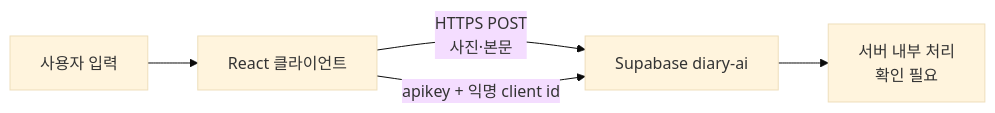
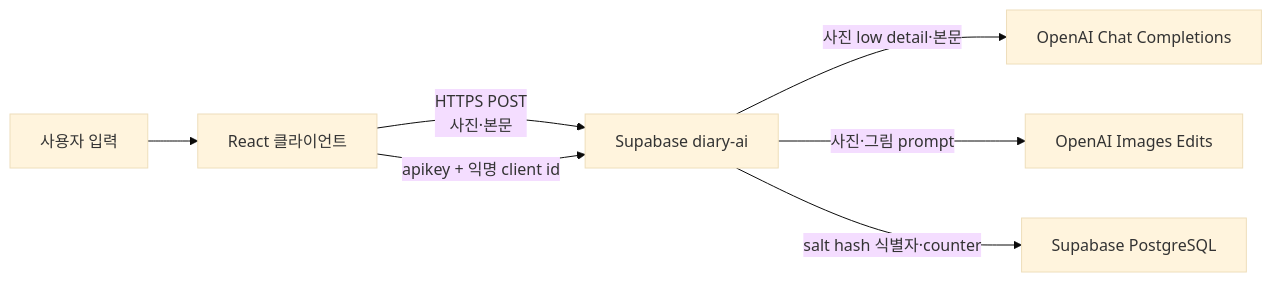
One commit to SummerVacationDiaryTMD/Summer_Vacation_Diary changed the diagram in docs/security.md. Above: the diagram before and after it, drawn with Mermaid (base theme). The commit also changed other lines of this file and 25 other files, not shown here.

````diff
--- a/docs/security.md
+++ b/docs/security.md
@@ -50,7 +51,9 @@
 ```mermaid
 flowchart LR
     User["사용자 입력"] --> Client["React 클라이언트"]
     Client -->|HTTPS POST<br/>사진·본문| Edge["Supabase diary-ai"]
     Client -->|apikey + 익명 client id| Edge
-    Edge --> Unknown["서버 내부 처리<br/>확인 필요"]
+    Edge -->|사진 low detail·본문| Chat["OpenAI Chat Completions"]
+    Edge -->|사진·그림 prompt| Image["OpenAI Images Edits"]
+    Edge -->|salt hash 식별자·counter| DB["Supabase PostgreSQL"]
 ```
````
